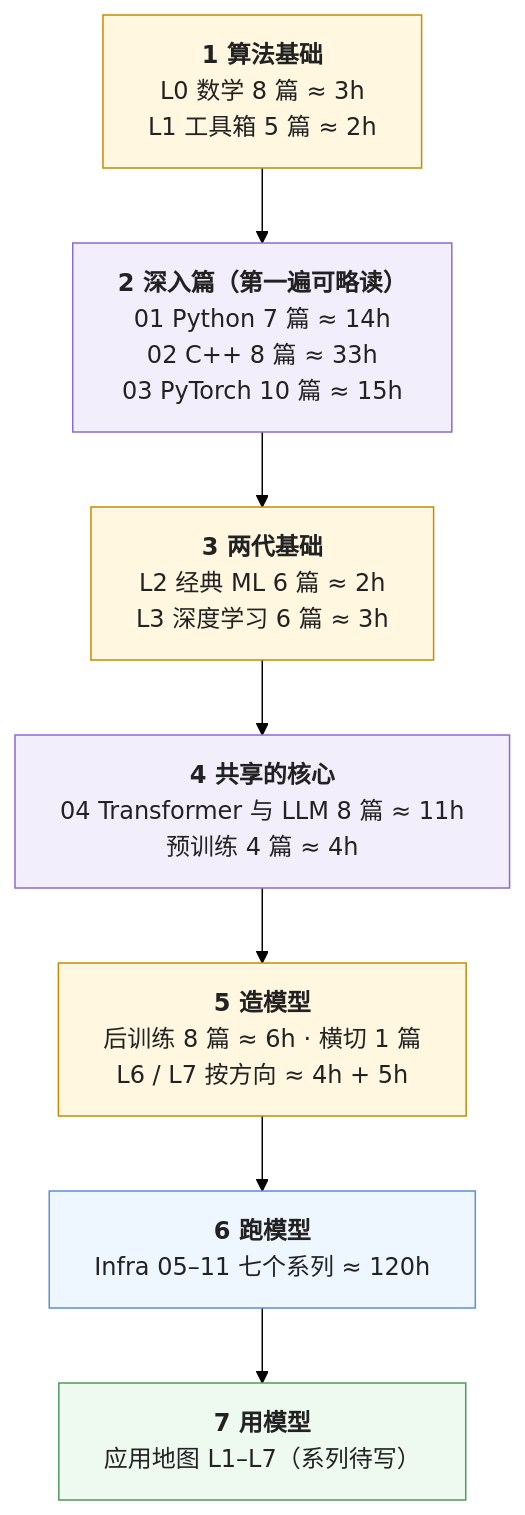
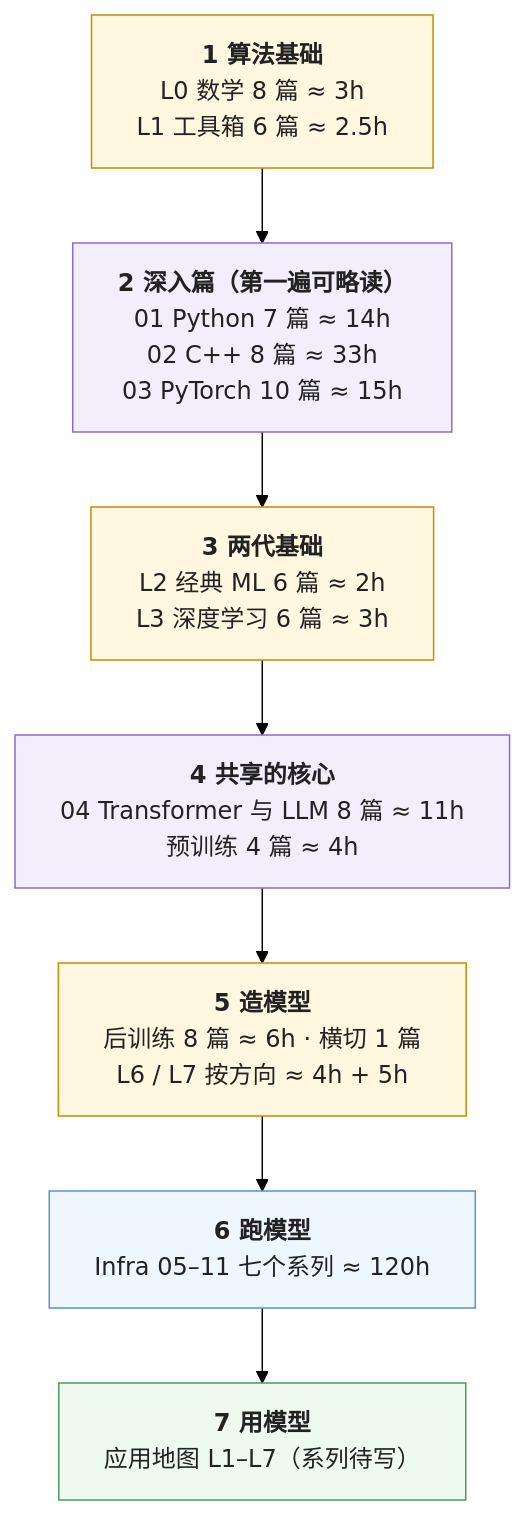
The second of 2 diagrams in _posts/2026-01-01-ai-fullstack-learning-roadmap.md (arganzheng/arganzheng.github.com), drawn with Mermaid (forest theme) before and after one commit. The commit also changed other lines of this file and 21 other files, not shown here.

````diff
--- a/_posts/2026-01-01-ai-fullstack-learning-roadmap.md
+++ b/_posts/2026-01-01-ai-fullstack-learning-roadmap.md
@@ -134,34 +134,34 @@
 ```mermaid
 %%{init: {"flowchart": {"wrappingWidth": 420}}}%%
 flowchart TB
     S1["`**1 算法基础**
 L0 数学 8 篇 ≈ 3h
-L1 工具箱 5 篇 ≈ 2h`"]
+L1 工具箱 6 篇 ≈ 2.5h`"]
     S2["`**2 深入篇（第一遍可略读）**
 01 Python 7 篇 ≈ 14h
 02 C++ 8 篇 ≈ 33h
 03 PyTorch 10 篇 ≈ 15h`"]
     S3["`**3 两代基础**
 L2 经典 ML 6 篇 ≈ 2h
 L3 深度学习 6 篇 ≈ 3h`"]
     S4["`**4 共享的核心**
 04 Transformer 与 LLM 8 篇 ≈ 11h
 预训练 4 篇 ≈ 4h`"]
     S5["`**5 造模型**
 后训练 8 篇 ≈ 6h · 横切 1 篇
 L6 / L7 按方向 ≈ 4h + 5h`"]
     S6["`**6 跑模型**
 Infra 05–11 七个系列 ≈ 120h`"]
     S7["`**7 用模型**
 应用地图 L1–L7（系列待写）`"]
     S1 --> S2 --> S3 --> S4 --> S5 --> S6 --> S7
 
     classDef algo fill:#fff7e0,stroke:#c98a00,stroke-width:1px,color:#222
     classDef infra fill:#eef6ff,stroke:#5b8fd6,stroke-width:1px,color:#222
     classDef app fill:#eefaf0,stroke:#4d9a5c,stroke-width:1px,color:#222
     classDef shared fill:#f3eefc,stroke:#8a6bd1,stroke-width:1px,color:#222
     class S1,S3,S5 algo
     class S2,S4 shared
     class S6 infra
     class S7 app
 ```
````
